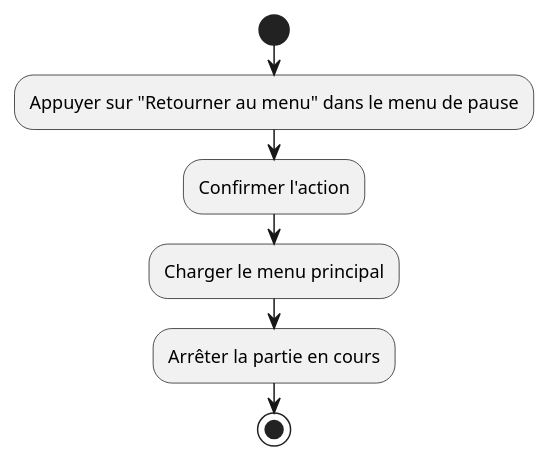
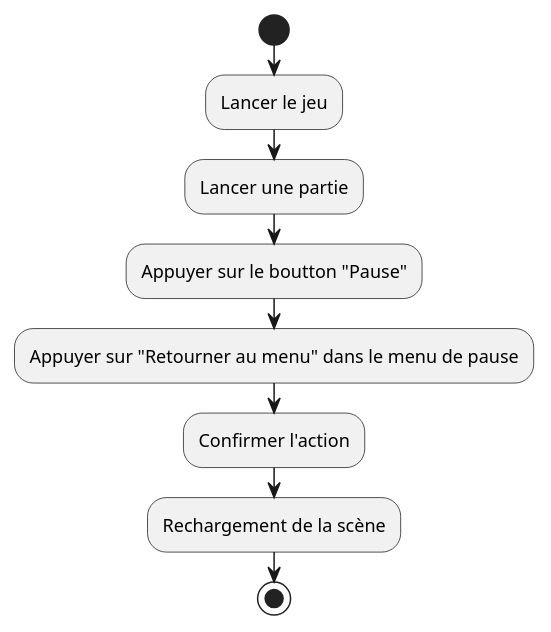
The diagram in Diagram/ActivityDiagram/goMenuByPause.puml (LosVerinos/Crossy-Road), drawn with PlantUML before and after one commit. The commit also changed 13 other files, not shown here.

Commit message:
première modif sur les diagrammes d'activités

```diff
--- a/Diagram/ActivityDiagram/goMenuByPause.puml
+++ b/Diagram/ActivityDiagram/goMenuByPause.puml
@@ -1,8 +1,10 @@
 @startuml
 start
+:Lancer le jeu;
+:Lancer une partie;
+:Appuyer sur le boutton "Pause";
 :Appuyer sur "Retourner au menu" dans le menu de pause;
 :Confirmer l'action;
-:Charger le menu principal;
-:Arrêter la partie en cours;
+:Rechargement de la scène;
 stop
 @enduml
```
